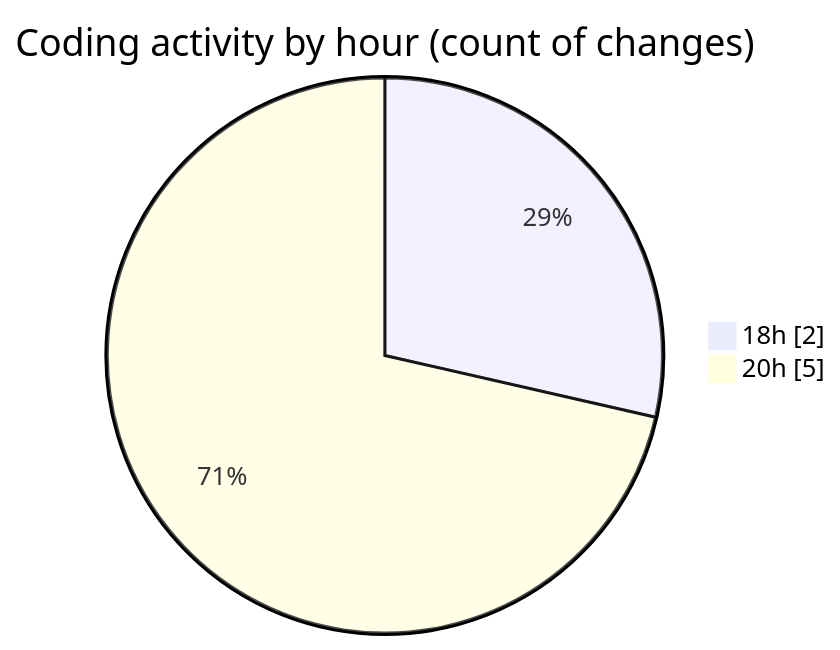
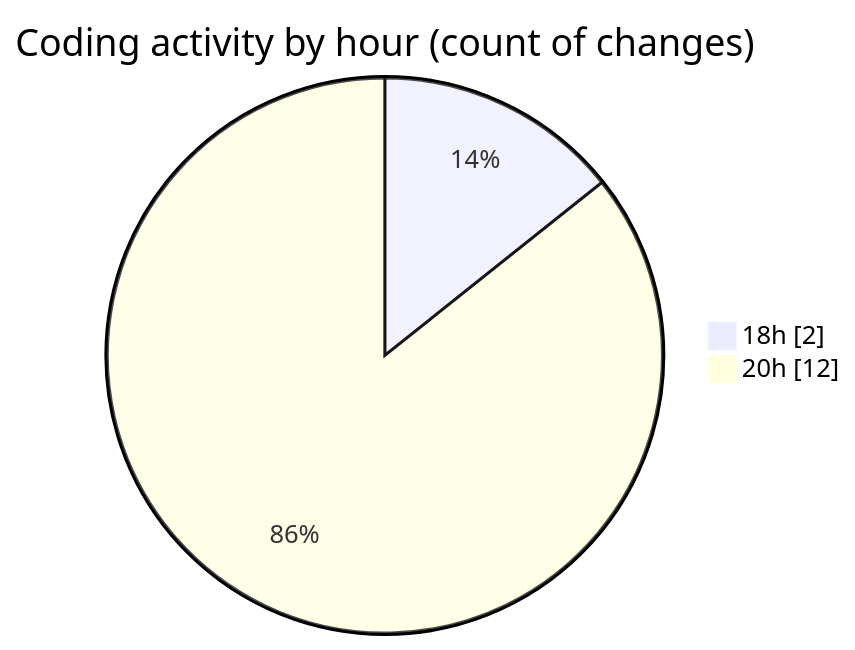
Before and after one commit to robertbonfada/code-tracking: the second of 2 diagrams in 2025-02-26/area-formacao-web/README.md, drawn with Mermaid. The commit also changed other lines of this file and 1 other file, not shown here.

````diff
--- a/2025-02-26/area-formacao-web/README.md
+++ b/2025-02-26/area-formacao-web/README.md
@@ -32,6 +39,6 @@
 ```mermaid
 pie showData
 title Coding activity by hour (count of changes)
 "18h" : 2
-"20h" : 5
+"20h" : 12
 ```
````
